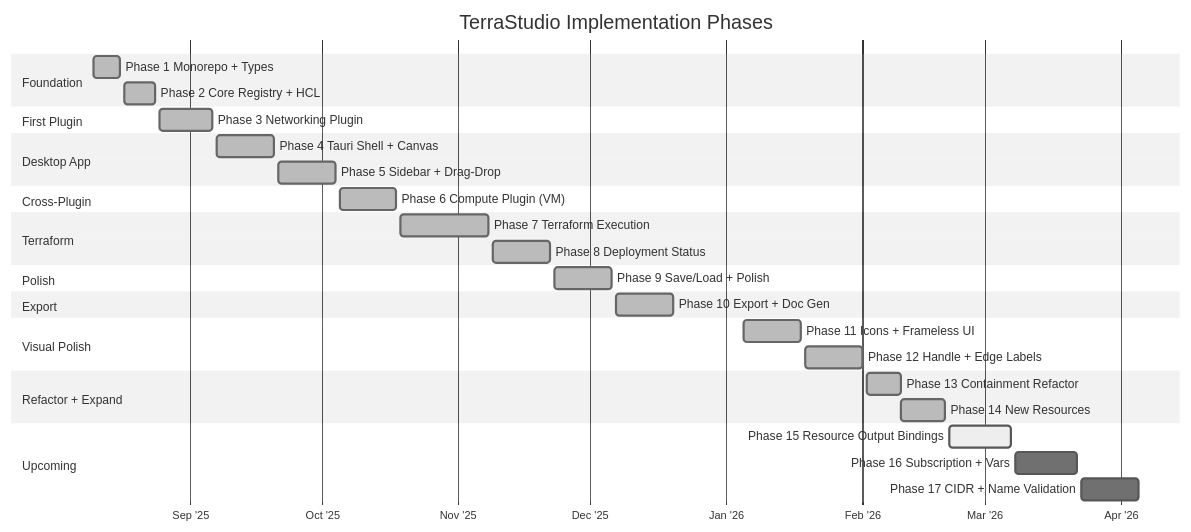
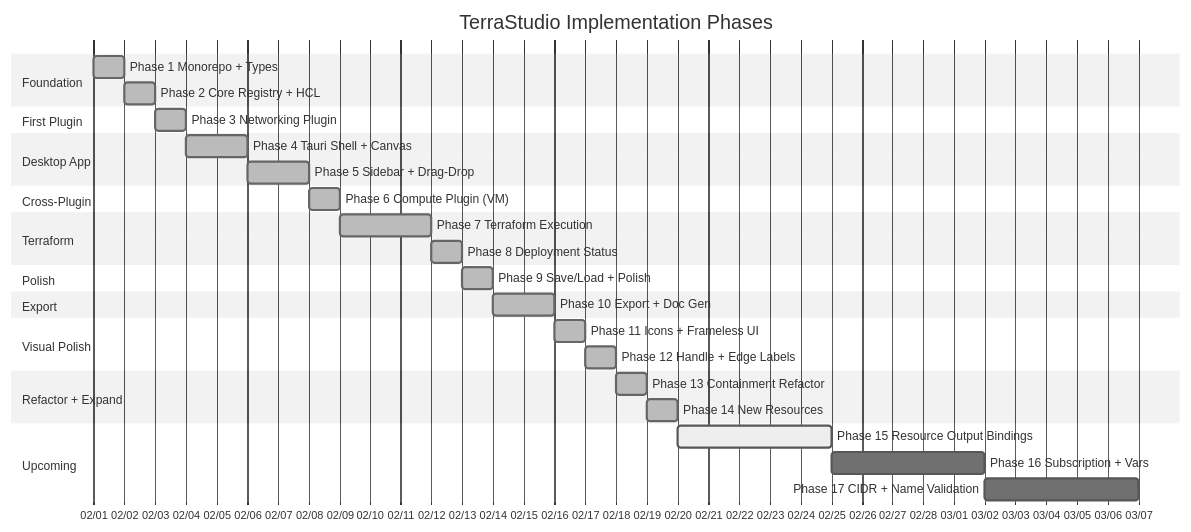
The diagram in docs/implementation-roadmap.md (afroze9/terrastudio), drawn with Mermaid (neutral theme) before and after one commit.

Commit message:
docs: compress roadmap Gantt to realistic daily dates (Feb 1–Mar 7)

````diff
--- a/docs/implementation-roadmap.md
+++ b/docs/implementation-roadmap.md
@@ -11,44 +11,44 @@
 ```mermaid
 gantt
     title TerraStudio Implementation Phases
     dateFormat YYYY-MM-DD
-    axisFormat %b '%y
-    tickInterval 1month
+    axisFormat %m/%d
+    tickInterval 1day
 
     section Foundation
-    Phase 1 Monorepo + Types         :done, p1, 2025-08-10, 2025-08-16
-    Phase 2 Core Registry + HCL      :done, p2, 2025-08-17, 2025-08-24
+    Phase 1 Monorepo + Types         :done, p1, 2026-02-01, 2026-02-02
+    Phase 2 Core Registry + HCL      :done, p2, 2026-02-02, 2026-02-03
 
     section First Plugin
-    Phase 3 Networking Plugin         :done, p3, 2025-08-25, 2025-09-06
+    Phase 3 Networking Plugin         :done, p3, 2026-02-03, 2026-02-04
 
     section Desktop App
-    Phase 4 Tauri Shell + Canvas      :done, p4, 2025-09-07, 2025-09-20
-    Phase 5 Sidebar + Drag-Drop       :done, p5, 2025-09-21, 2025-10-04
+    Phase 4 Tauri Shell + Canvas      :done, p4, 2026-02-04, 2026-02-06
+    Phase 5 Sidebar + Drag-Drop       :done, p5, 2026-02-06, 2026-02-08
 
     section Cross-Plugin
-    Phase 6 Compute Plugin (VM)       :done, p6, 2025-10-05, 2025-10-18
+    Phase 6 Compute Plugin (VM)       :done, p6, 2026-02-08, 2026-02-09
 
     section Terraform
-    Phase 7 Terraform Execution       :done, p7, 2025-10-19, 2025-11-08
-    Phase 8 Deployment Status         :done, p8, 2025-11-09, 2025-11-22
+    Phase 7 Terraform Execution       :done, p7, 2026-02-09, 2026-02-12
+    Phase 8 Deployment Status         :done, p8, 2026-02-12, 2026-02-13
 
     section Polish
-    Phase 9 Save/Load + Polish        :done, p9, 2025-11-23, 2025-12-06
+    Phase 9 Save/Load + Polish        :done, p9, 2026-02-13, 2026-02-14
 
     section Export
-    Phase 10 Export + Doc Gen         :done, p10, 2025-12-07, 2025-12-20
+    Phase 10 Export + Doc Gen         :done, p10, 2026-02-14, 2026-02-16
 
     section Visual Polish
-    Phase 11 Icons + Frameless UI     :done, p11, 2026-01-05, 2026-01-18
-    Phase 12 Handle + Edge Labels     :done, p12, 2026-01-19, 2026-02-01
+    Phase 11 Icons + Frameless UI     :done, p11, 2026-02-16, 2026-02-17
+    Phase 12 Handle + Edge Labels     :done, p12, 2026-02-17, 2026-02-18
 
     section Refactor + Expand
-    Phase 13 Containment Refactor     :done, p13, 2026-02-02, 2026-02-10
-    Phase 14 New Resources            :done, p14, 2026-02-10, 2026-02-20
+    Phase 13 Containment Refactor     :done, p13, 2026-02-18, 2026-02-19
+    Phase 14 New Resources            :done, p14, 2026-02-19, 2026-02-20
 
     section Upcoming
-    Phase 15 Resource Output Bindings :active, p15, 2026-02-21, 2026-03-07
-    Phase 16 Subscription + Vars      :p16, 2026-03-08, 2026-03-22
-    Phase 17 CIDR + Name Validation   :p17, 2026-03-23, 2026-04-05
+    Phase 15 Resource Output Bindings :active, p15, 2026-02-20, 2026-02-25
+    Phase 16 Subscription + Vars      :p16, 2026-02-25, 2026-03-02
+    Phase 17 CIDR + Name Validation   :p17, 2026-03-02, 2026-03-07
 ```
````
